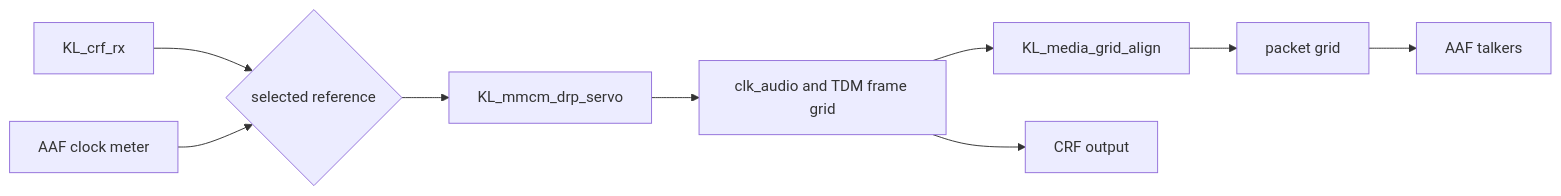
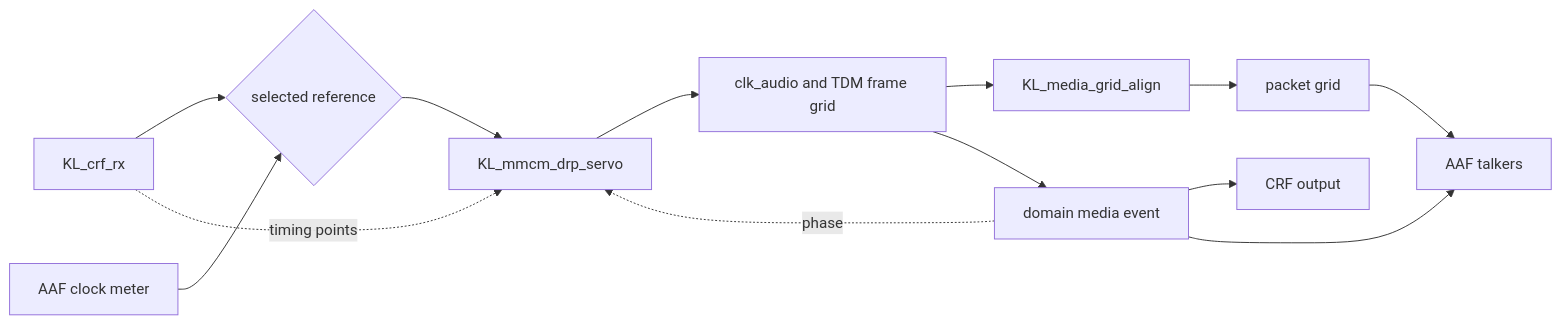
One commit to kebag-logic/milan-fpga changed the diagram in docs/design/MEDIA_CLOCK_FOLLOWING.md. Above: the diagram before and after it, drawn with Mermaid. The commit also changed other lines of this file and 5 other files, not shown here.

Commit message:
Document the phase contract per source, the domain event and per-interface constants, the listener decision and the -0.46 Ps accounting (#632, #764)

````diff
--- a/docs/design/MEDIA_CLOCK_FOLLOWING.md
+++ b/docs/design/MEDIA_CLOCK_FOLLOWING.md
@@ -339,11 +341,15 @@
 ```mermaid
 flowchart LR
     CRFRX[KL_crf_rx] --> SEL{selected reference}
     METER[AAF clock meter] --> SEL
     SEL --> SERVO[KL_mmcm_drp_servo]
     SERVO --> AUDIO[clk_audio and TDM frame grid]
     AUDIO --> ALIGN[KL_media_grid_align]
     ALIGN --> TICK[packet grid]
-    AUDIO --> CRFTX[CRF output]
-    TICK --> AAFTX[AAF talkers]
+    AUDIO --> DOMEV[domain media event]
+    DOMEV --> CRFTX[CRF output]
+    DOMEV --> AAFTX[AAF talkers]
+    TICK --> AAFTX
+    DOMEV -. phase .-> SERVO
+    CRFRX -. timing points .-> SERVO
 ```
````
